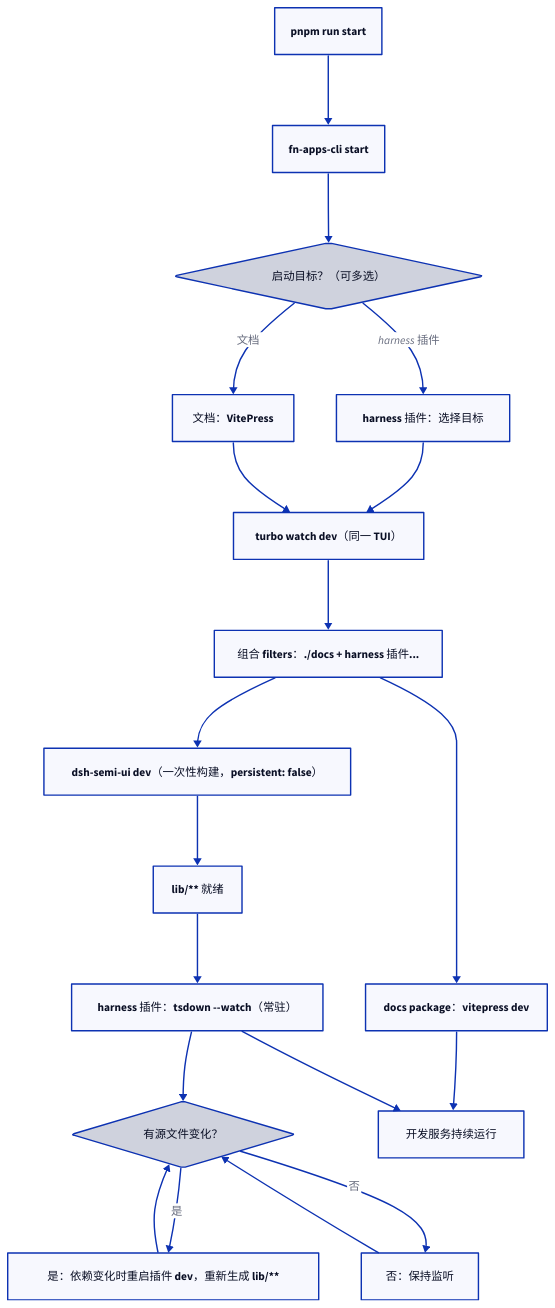
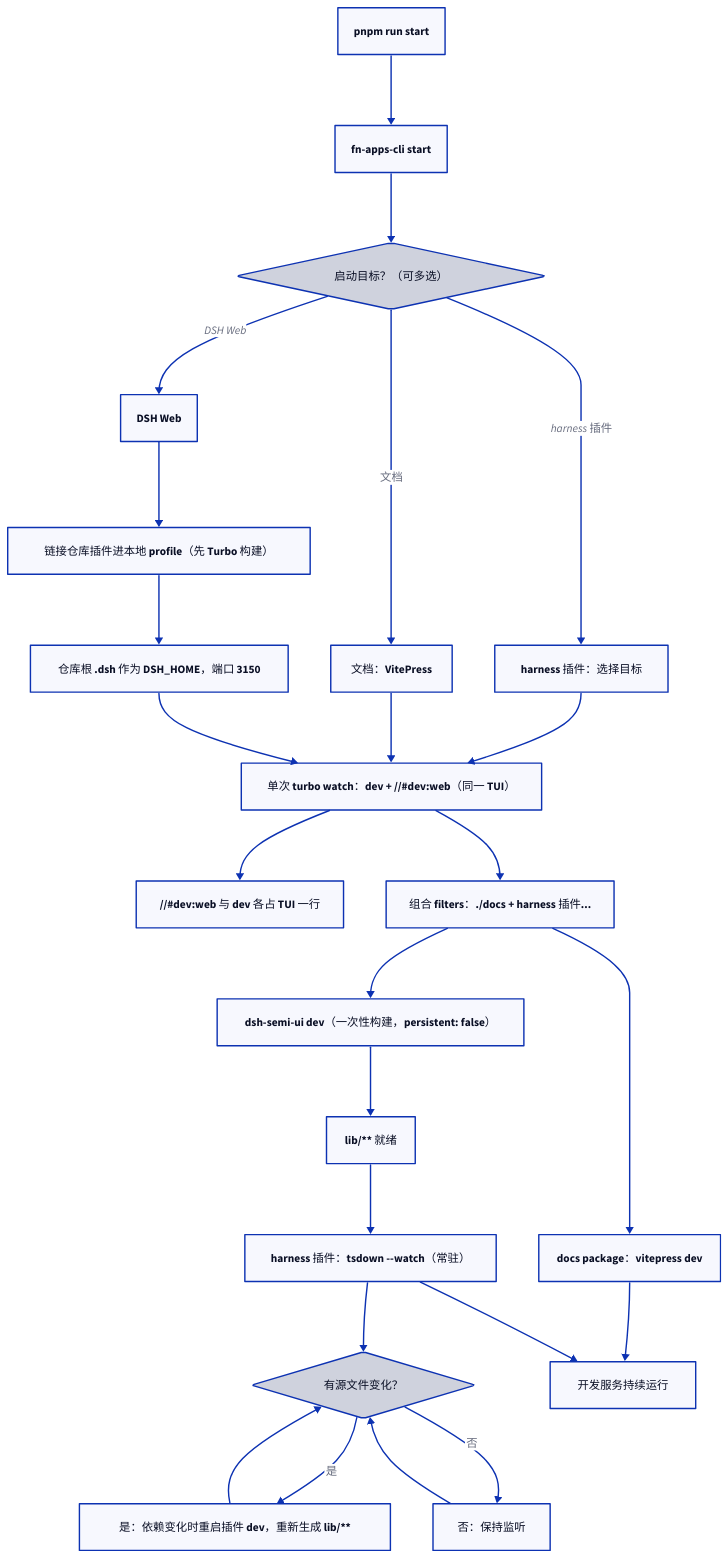
One commit to tnnevol/fn-os-apps changed the third of 13 diagrams in docs/development/package-tasks-and-turbo.md. Above: the diagram before and after it, drawn with D2. The commit also changed other lines of this file and 44 other files, not shown here.

````diff
--- a/docs/development/package-tasks-and-turbo.md
+++ b/docs/development/package-tasks-and-turbo.md
@@ -135,40 +146,48 @@
 ```d2
 direction: down
 
 command: "pnpm run start"
 cli: "fn-apps-cli start"
 select: {
   label: "启动目标？（可多选）"
   shape: diamond
 }
 plugins: "harness 插件：选择目标"
 docs: "文档：VitePress"
-turbo: "turbo watch dev（同一 TUI）"
+web: "DSH Web"
+webPlugins: "链接仓库插件进本地 profile（先 Turbo 构建）"
+webUi: "//#dev:web 与 dev 各占 TUI 一行"
+webEnv: "仓库根 .dsh 作为 DSH_HOME，端口 3150"
+turbo: "单次 turbo watch：dev + //#dev:web（同一 TUI）"
 filters: "组合 filters：./docs + harness 插件..."
 depDev: "dsh-semi-ui dev（一次性构建，persistent: false）"
 depDone: "lib/** 就绪"
 pluginWatch: "harness 插件：tsdown --watch（常驻）"
 docsWatch: "docs package：vitepress dev"
 changeStatus: {
   label: "有源文件变化？"
   shape: diamond
 }
 rebuild: "是：依赖变化时重启插件 dev，重新生成 lib/**"
 keep: "否：保持监听"
 services: "开发服务持续运行"
 
 command -> cli -> select
 select -> plugins: harness 插件
 select -> docs: 文档
+select -> web: DSH Web
+web -> webPlugins -> webEnv
 plugins -> turbo
 docs -> turbo
+webEnv -> turbo
+turbo -> webUi
 turbo -> filters
 filters -> depDev -> depDone -> pluginWatch
 filters -> docsWatch -> services
 pluginWatch -> changeStatus
 changeStatus -> rebuild: 是
 changeStatus -> keep: 否
 rebuild -> changeStatus
 keep -> changeStatus
 pluginWatch -> services
 ```
````
